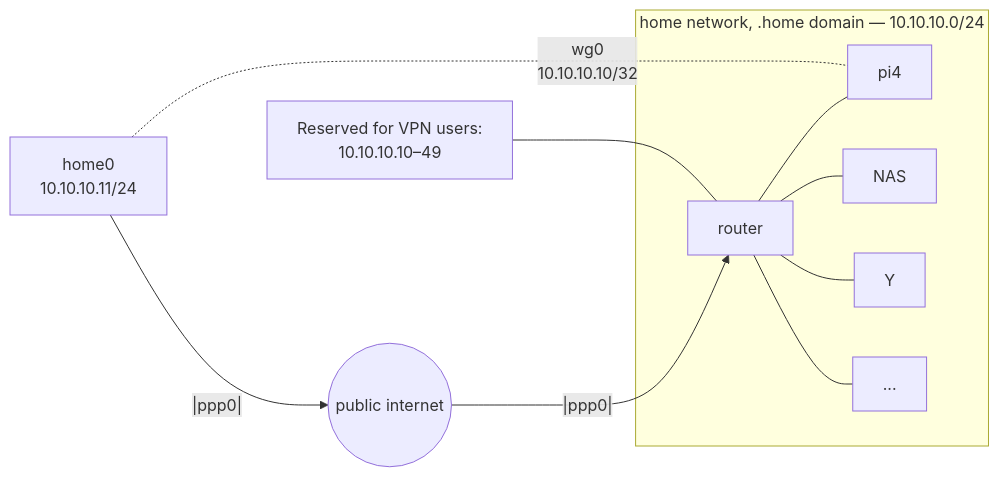
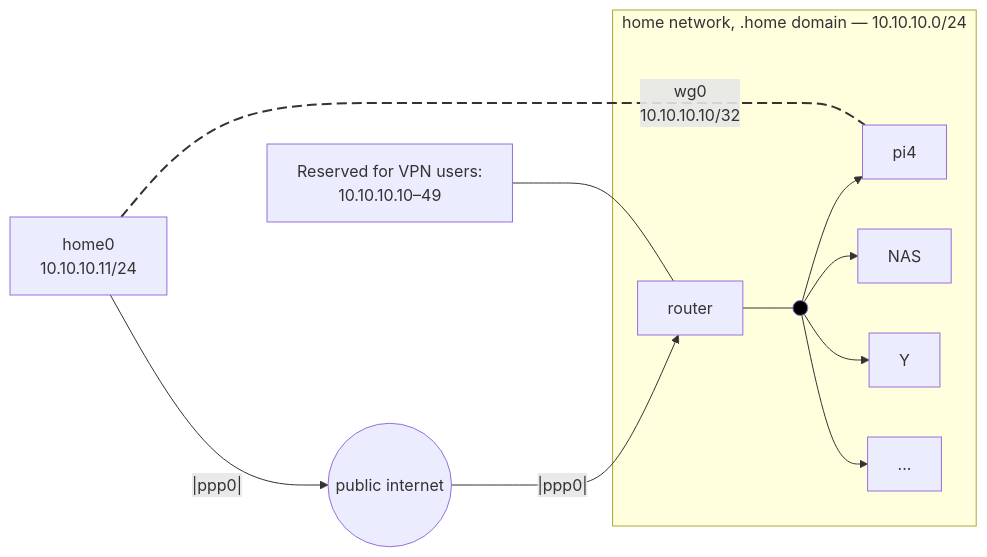
One commit to canonical/ubuntu-server-documentation changed the diagram in docs/how-to/wireguard-vpn/on-an-internal-system.md. Above: the diagram before and after it, drawn with Mermaid.

Commit message:
apply feedback for "on an internal system"

````diff
--- a/docs/how-to/wireguard-vpn/on-an-internal-system.md
+++ b/docs/how-to/wireguard-vpn/on-an-internal-system.md
@@ -16,15 +16,24 @@
 ```{mermaid}
 flowchart LR
     subgraph home["home network, .home domain — 10.10.10.0/24"]
+        blank[" "]
         router["router"]
+        blank_switch((" "))
         pi4["pi4"]
         nas["NAS"]
         extra["Y"]
         dots["..."]
     end
-    router --- pi4 & nas & extra & dots
+    router --- blank_switch
+    blank_switch --> pi4 & nas & extra & dots
     host["home0<br>10.10.10.11/24"] -- |ppp0| --> internet(("public internet"))
     internet -- |ppp0| --> router
-    host -. "wg0<br>10.10.10.10/32" .- pi4
+    host --- |"wg0<br>10.10.10.10/32"| pi4
     note["Reserved for VPN users:<br>10.10.10.10–49"] --- router
+
+classDef invisible fill: transparent, stroke: transparent
+  class blank invisible
+classDef fill_node fill: #000
+  class blank_switch fill_node
+linkStyle 7 stroke:#333,stroke-width:2px,stroke-dasharray: 10 5;
 ```
````
